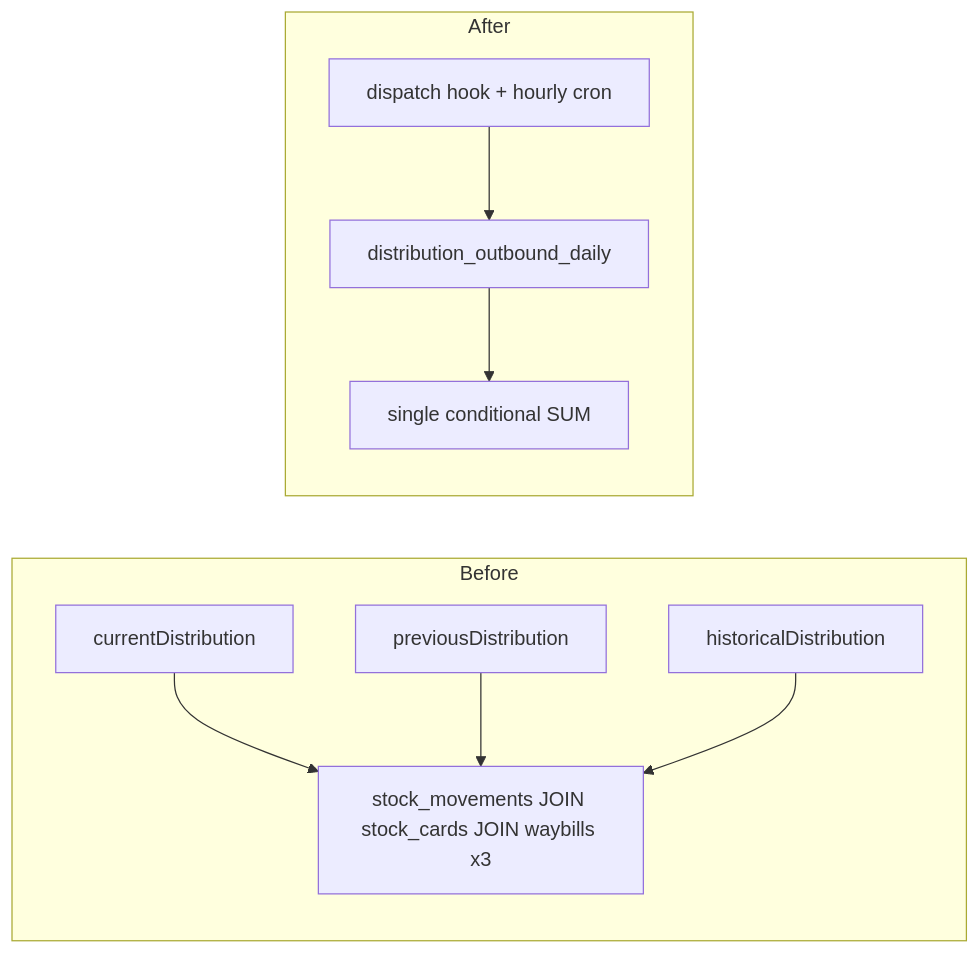
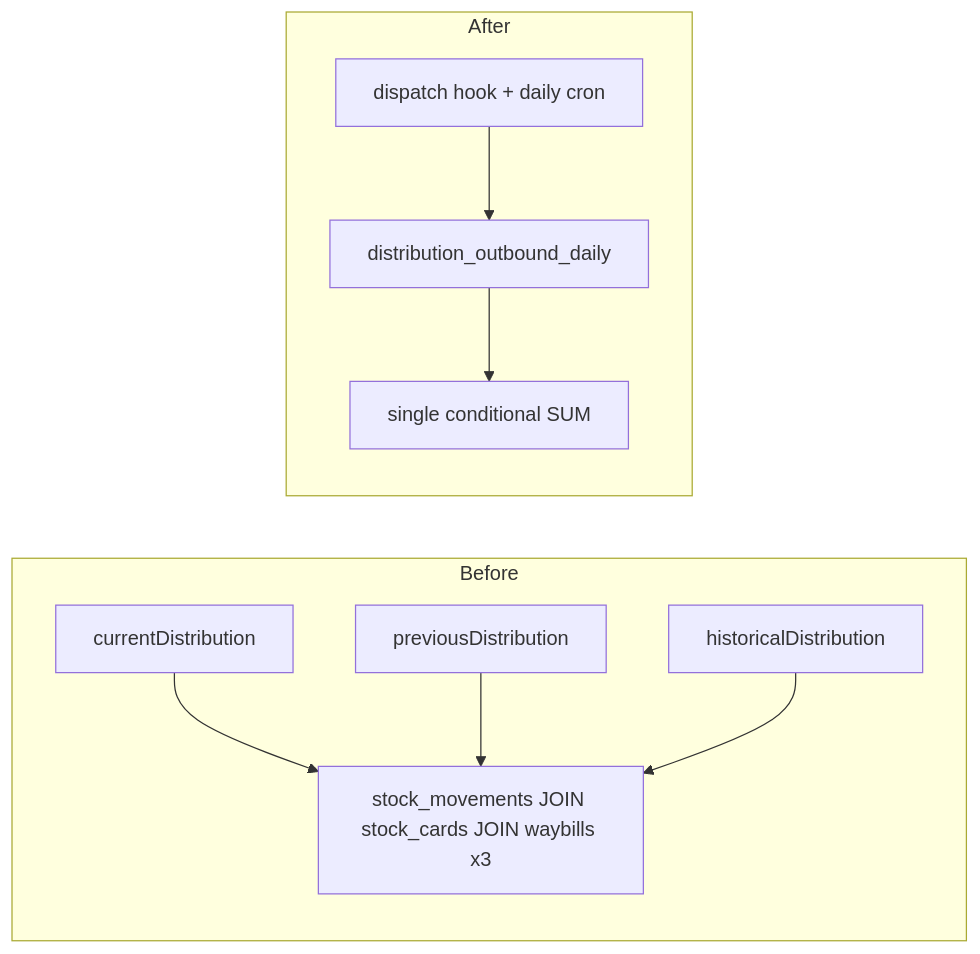
One commit to Ivano-Technologies/nrcs-eam changed the diagram in docs/planning/4e-distribution-velocity-mv.md. Above: the diagram before and after it, drawn with Mermaid. The commit also changed other lines of this file and 4 other files, not shown here.

First line of the commit message:
fix: remove hourly MV cron for Vercel Hobby compliance

````diff
--- a/docs/planning/4e-distribution-velocity-mv.md
+++ b/docs/planning/4e-distribution-velocity-mv.md
@@ -13,20 +13,20 @@
 ```mermaid
 flowchart LR
   subgraph before [Before]
     Q1[currentDistribution]
     Q2[previousDistribution]
     Q3[historicalDistribution]
     J[stock_movements JOIN stock_cards JOIN waybills x3]
     Q1 --> J
     Q2 --> J
     Q3 --> J
   end
 
   subgraph after [After]
     MV[distribution_outbound_daily]
     Q[single conditional SUM]
     MV --> Q
-    R[dispatch hook + hourly cron]
+    R[dispatch hook + daily cron]
     R --> MV
   end
 ```
````
